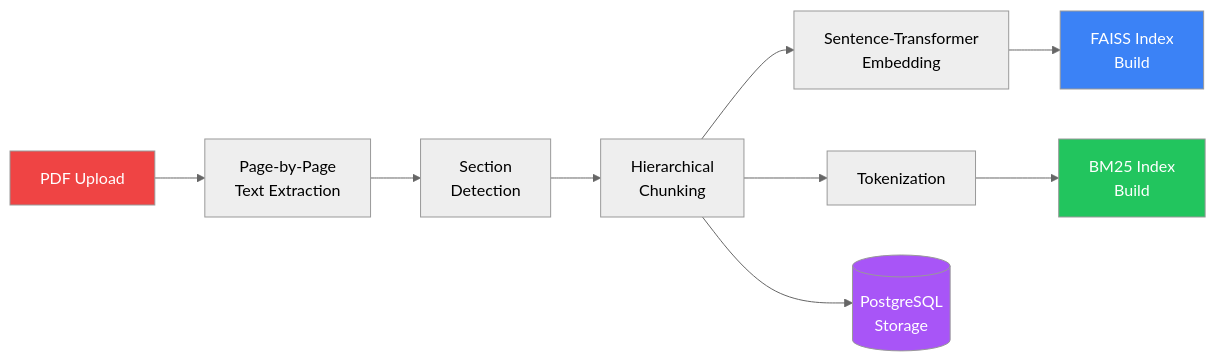
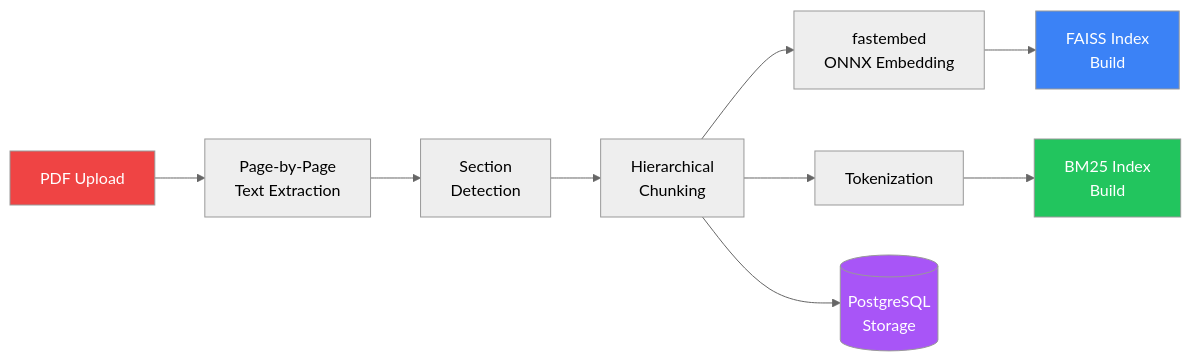
One commit to shubhamrajj01/Study-AI changed the tenth of 11 diagrams in README.md. Above: the diagram before and after it, drawn with Mermaid (neutral theme). The commit also changed other lines of this file and 27 other files, not shown here.

````diff
--- a/README.md
+++ b/README.md
@@ -597,16 +647,16 @@
 ```mermaid
 graph LR
     PDF[PDF Upload] --> EXT[Page-by-Page<br/>Text Extraction]
     EXT --> SEC[Section<br/>Detection]
     SEC --> CHUNK[Hierarchical<br/>Chunking]
-    CHUNK --> EMB[Sentence-Transformer<br/>Embedding]
+    CHUNK --> EMB[fastembed<br/>ONNX Embedding]
     EMB --> FAISS[FAISS Index<br/>Build]
     CHUNK --> TOK[Tokenization]
     TOK --> BM25[BM25 Index<br/>Build]
     CHUNK --> DB[(PostgreSQL<br/>Storage)]
 
     style PDF fill:#ef4444,color:#fff
     style FAISS fill:#3b82f6,color:#fff
     style BM25 fill:#22c55e,color:#fff
     style DB fill:#a855f7,color:#fff
 ```
````
